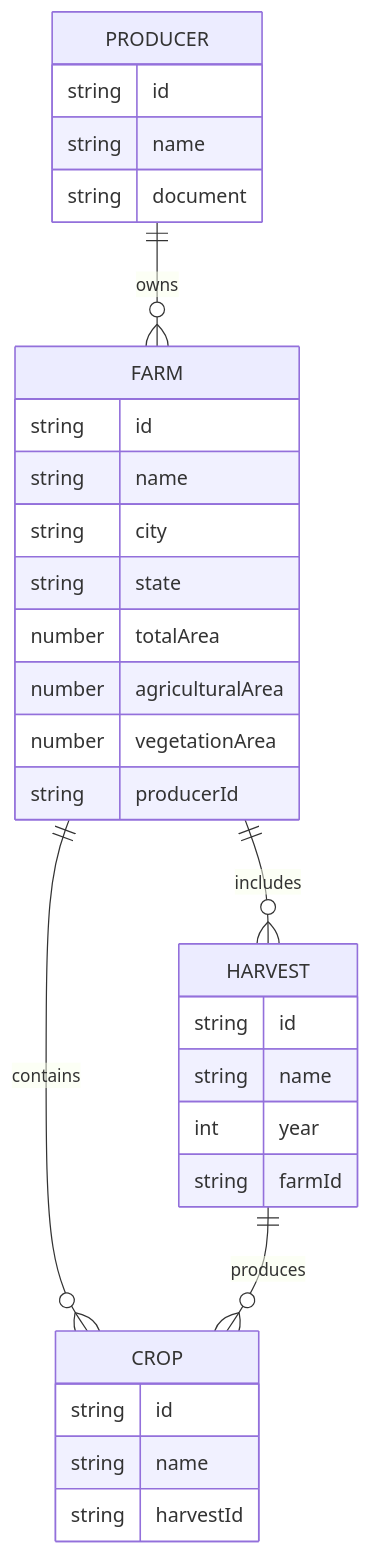
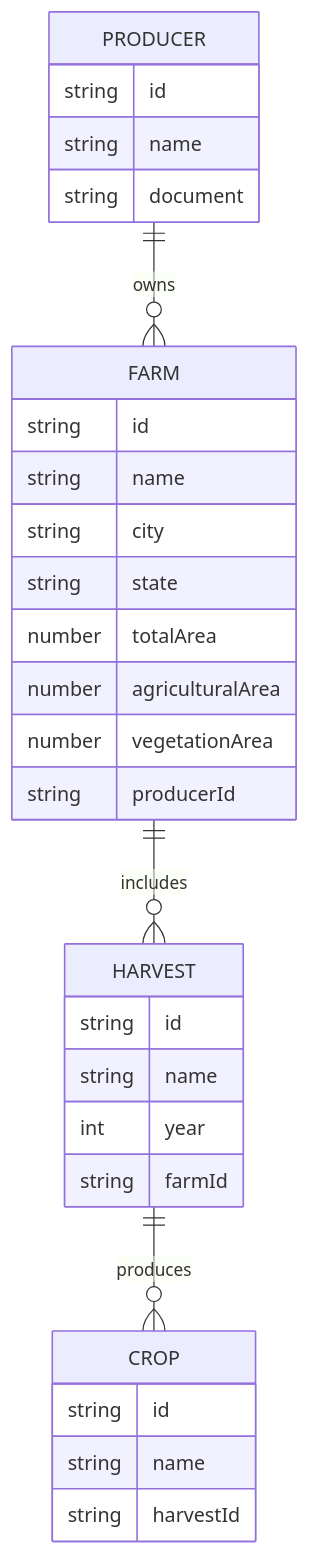
The diagram in docs/arquitetura/004-erd-diagram.md (vieira-a/agro-manager), drawn with Mermaid before and after one commit. The commit also changed other lines of this file, not shown here.

Commit message:
docs: update erd diagram

````diff
--- a/docs/arquitetura/004-erd-diagram.md
+++ b/docs/arquitetura/004-erd-diagram.md
@@ -57,37 +61,36 @@
 ```mermaid
 erDiagram
     PRODUCER ||--o{ FARM : owns
-    FARM ||--o{ CROP : contains
     FARM ||--o{ HARVEST : includes
     HARVEST ||--o{ CROP : produces
 
     PRODUCER {
         string id
         string name
         string document
     }
 
     FARM {
         string id
         string name
         string city
         string state
         number totalArea
         number agriculturalArea
         number vegetationArea
         string producerId
     }
 
     HARVEST {
         string id
         string name
         int year
         string farmId
     }
 
     CROP {
         string id
         string name
         string harvestId
     }
 ```
````
